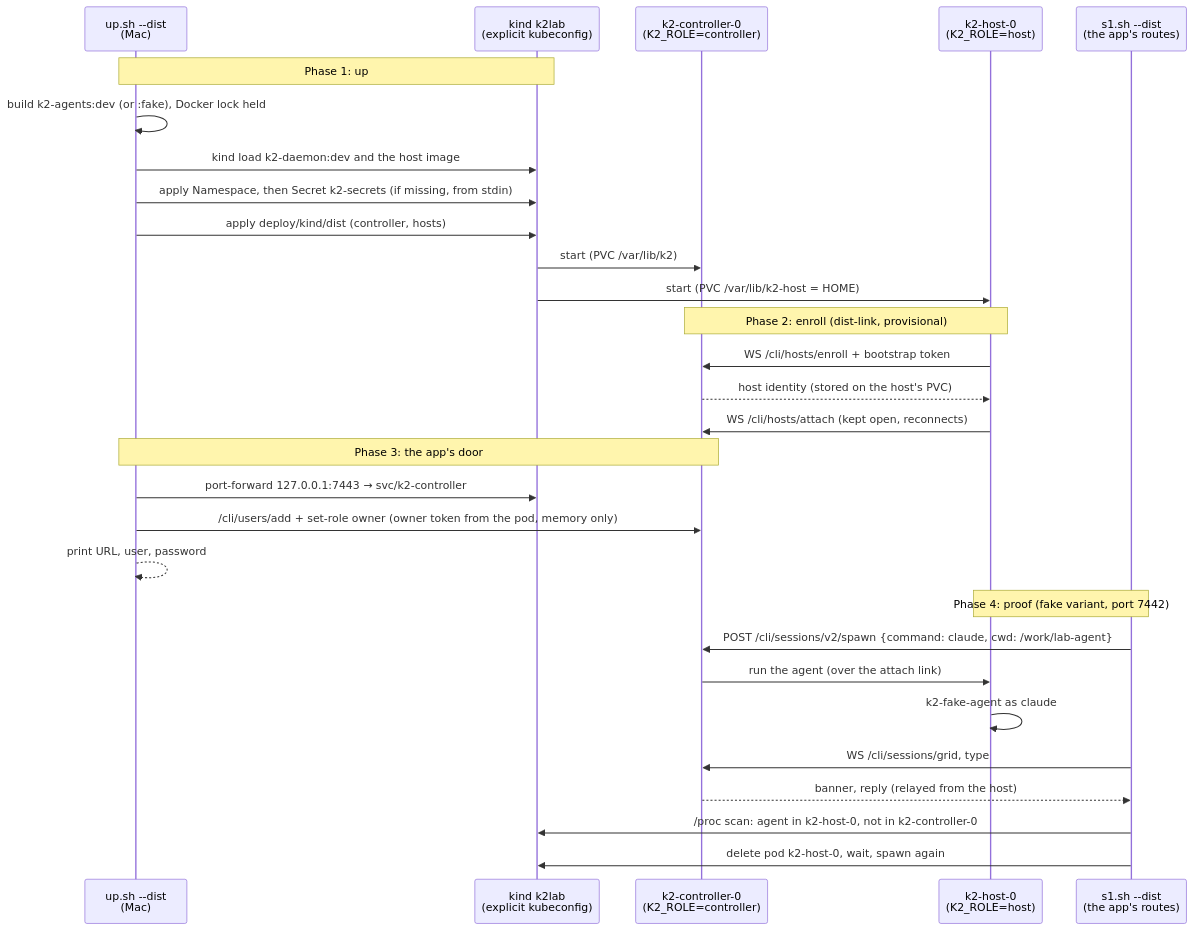
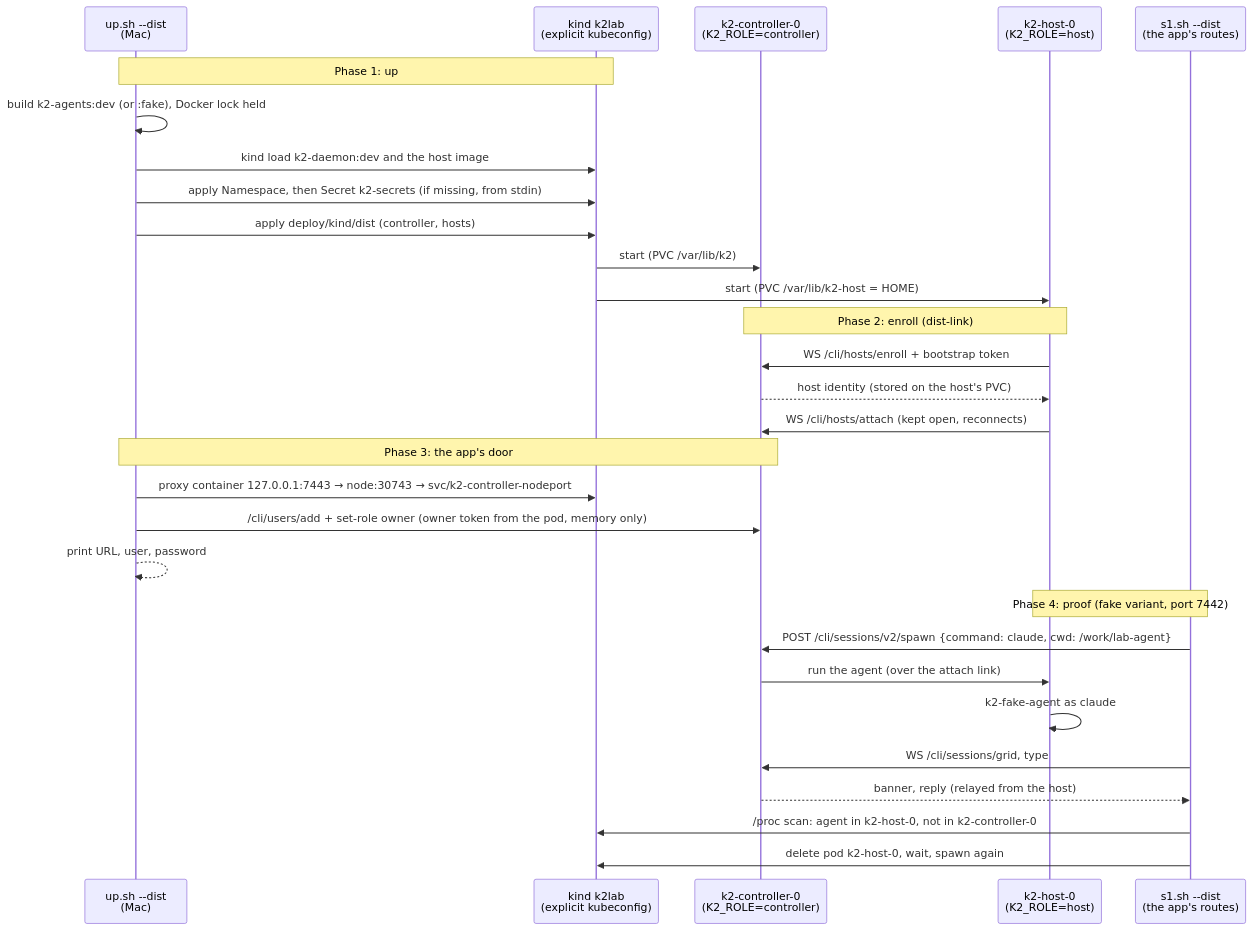
One commit to mlops-club/K2 changed the second of 2 diagrams in docs/prd/progress/kind-dist.md. Above: the diagram before and after it, drawn with Mermaid. The commit also changed other lines of this file, not shown here.

Commit message:
docs(k2-dist/kind-dist): S1 PASS distributed on k2-kind-dist-fake, placement in k2-host-0, S1 PASS after host restart

````diff
--- a/docs/prd/progress/kind-dist.md
+++ b/docs/prd/progress/kind-dist.md
@@ -76,35 +76,35 @@
 ```mermaid
 sequenceDiagram
     participant U as up.sh --dist<br/>(Mac)
     participant K as kind k2lab<br/>(explicit kubeconfig)
     participant C as k2-controller-0<br/>(K2_ROLE=controller)
     participant H as k2-host-0<br/>(K2_ROLE=host)
     participant S as s1.sh --dist<br/>(the app's routes)
 
     Note over U,K: Phase 1: up
     U->>U: build k2-agents:dev (or :fake), Docker lock held
     U->>K: kind load k2-daemon:dev and the host image
     U->>K: apply Namespace, then Secret k2-secrets (if missing, from stdin)
     U->>K: apply deploy/kind/dist (controller, hosts)
     K->>C: start (PVC /var/lib/k2)
     K->>H: start (PVC /var/lib/k2-host = HOME)
 
-    Note over C,H: Phase 2: enroll (dist-link, provisional)
+    Note over C,H: Phase 2: enroll (dist-link)
     H->>C: WS /cli/hosts/enroll + bootstrap token
     C-->>H: host identity (stored on the host's PVC)
     H->>C: WS /cli/hosts/attach (kept open, reconnects)
 
     Note over U,C: Phase 3: the app's door
-    U->>K: port-forward 127.0.0.1:7443 → svc/k2-controller
+    U->>K: proxy container 127.0.0.1:7443 → node:30743 → svc/k2-controller-nodeport
     U->>C: /cli/users/add + set-role owner (owner token from the pod, memory only)
     U-->>U: print URL, user, password
 
     Note over S,H: Phase 4: proof (fake variant, port 7442)
     S->>C: POST /cli/sessions/v2/spawn {command: claude, cwd: /work/lab-agent}
     C->>H: run the agent (over the attach link)
     H->>H: k2-fake-agent as claude
     S->>C: WS /cli/sessions/grid, type
     C-->>S: banner, reply (relayed from the host)
     S->>K: /proc scan: agent in k2-host-0, not in k2-controller-0
     S->>K: delete pod k2-host-0, wait, spawn again
 ```
````
